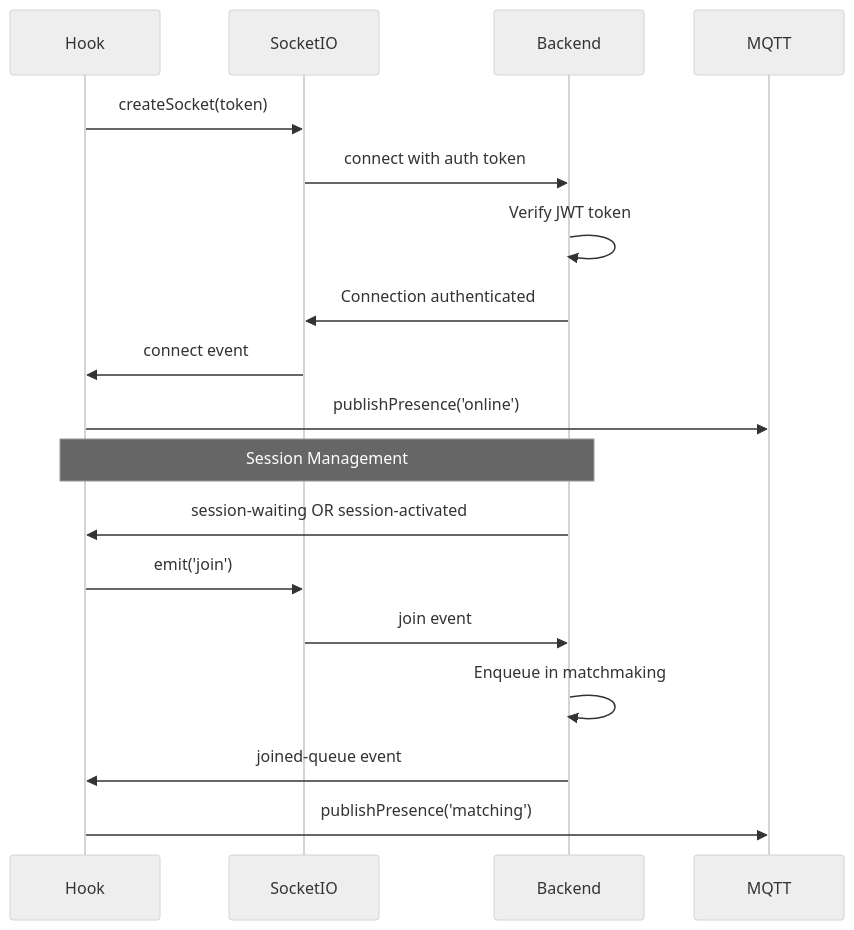
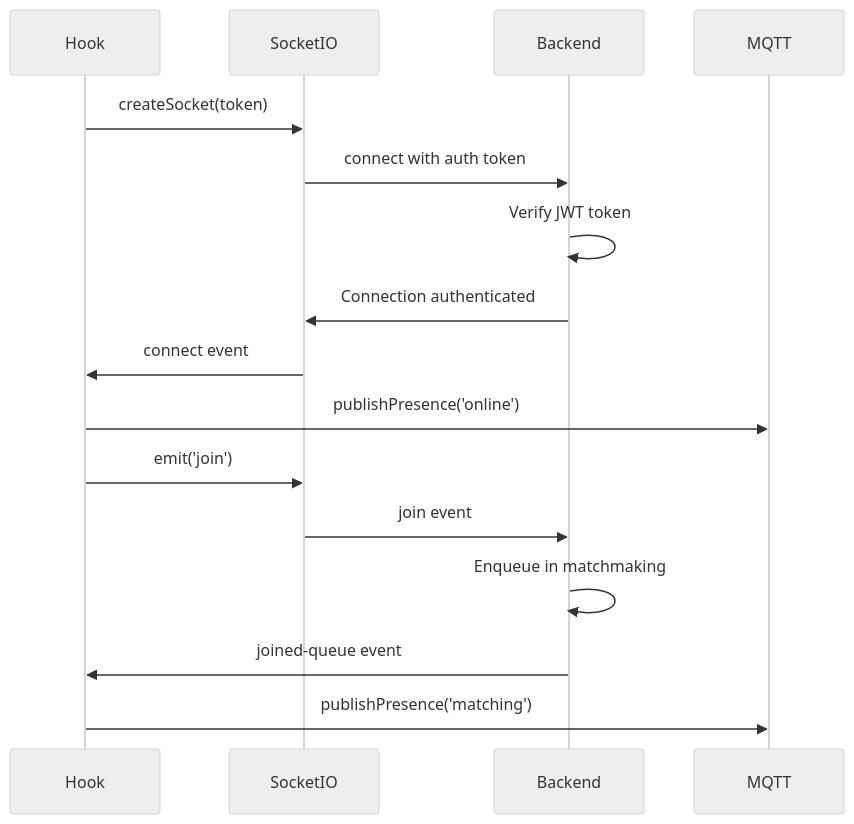
One commit to mewisme/linky changed the first of 3 diagrams in apps/web/docs/hooks/use-socket-signaling.md. Above: the diagram before and after it, drawn with Mermaid (neutral theme). The commit also changed other lines of this file and 12 other files, not shown here.

````diff
--- a/apps/web/docs/hooks/use-socket-signaling.md
+++ b/apps/web/docs/hooks/use-socket-signaling.md
@@ -42,23 +42,20 @@
 ```mermaid
 sequenceDiagram
     participant Hook
     participant SocketIO
     participant Backend
     participant MQTT
 
     Hook->>SocketIO: createSocket(token)
     SocketIO->>Backend: connect with auth token
     Backend->>Backend: Verify JWT token
     Backend->>SocketIO: Connection authenticated
     SocketIO->>Hook: connect event
     Hook->>MQTT: publishPresence('online')
     
-    Note over Hook,Backend: Session Management
-    Backend->>Hook: session-waiting OR session-activated
-    
     Hook->>SocketIO: emit('join')
     SocketIO->>Backend: join event
     Backend->>Backend: Enqueue in matchmaking
     Backend->>Hook: joined-queue event
     Hook->>MQTT: publishPresence('matching')
 ```
````
